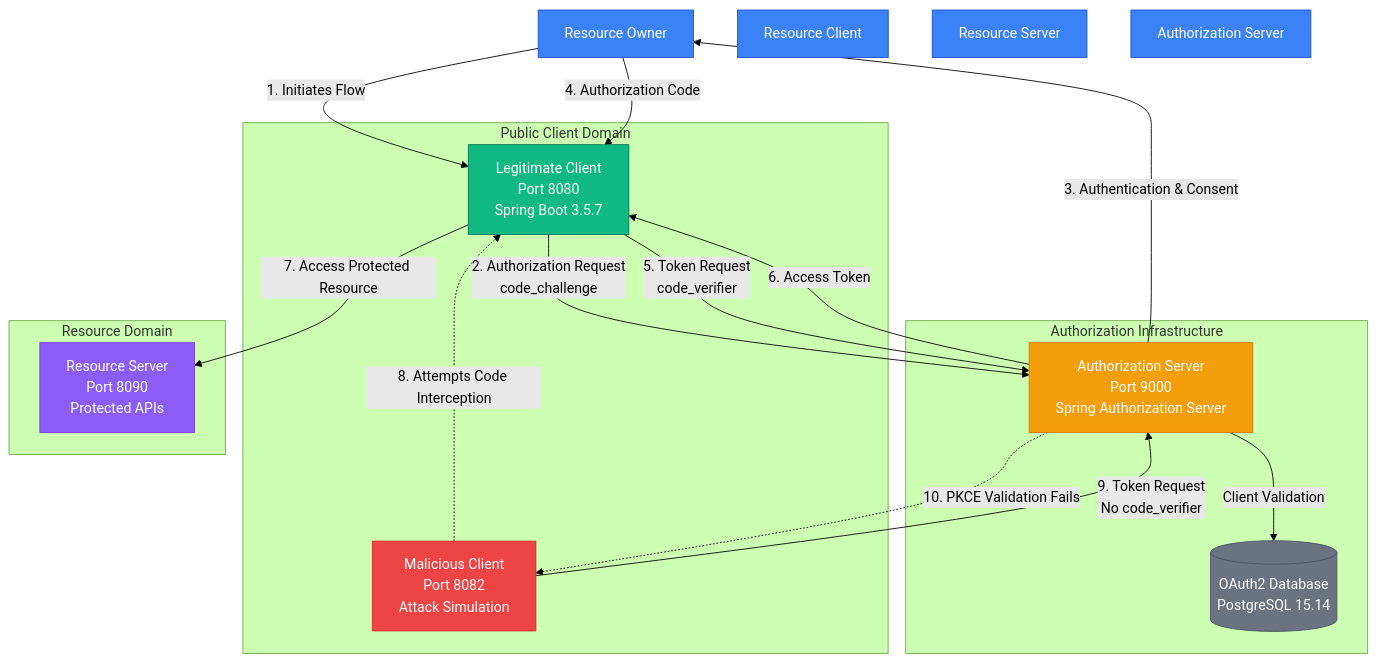
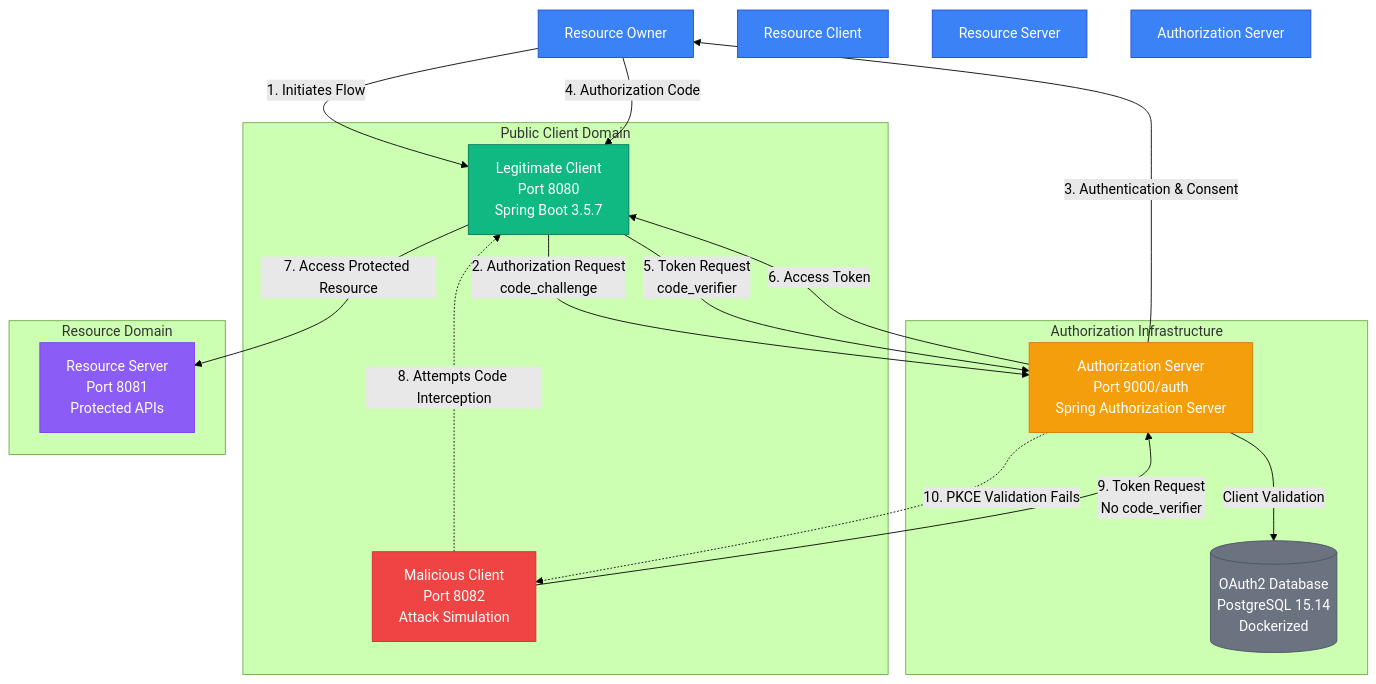
Before and after one commit to m25ai1033/oauth2-pkce-study: the third of 3 diagrams in README.md, drawn with Mermaid (forest theme). The commit also changed other lines of this file, not shown here.

````diff
--- a/README.md
+++ b/README.md
@@ -58,48 +59,48 @@
 ```mermaid
 graph TB
     %% ENTITIES
     RO[Resource Owner]:::entity
     RC[Resource Client]:::entity
     RS[Resource Server]:::entity
     AS[Authorization Server]:::entity
     
     %% COMPONENTS
     subgraph "Public Client Domain"
         LC[Legitimate Client<br/>Port 8080<br/>Spring Boot 3.5.7]:::client
         MC[Malicious Client<br/>Port 8082<br/>Attack Simulation]:::malicious
     end
     
     subgraph "Authorization Infrastructure"
-        AUTH[Authorization Server<br/>Port 9000<br/>Spring Authorization Server]:::auth
-        DB[(OAuth2 Database<br/>PostgreSQL 15.14)]:::database
+        AUTH[Authorization Server<br/>Port 9000/auth<br/>Spring Authorization Server]:::auth
+        DB[(OAuth2 Database<br/>PostgreSQL 15.14<br/>Dockerized)]:::database
     end
     
     subgraph "Resource Domain"
-        API[Resource Server<br/>Port 8090<br/>Protected APIs]:::resource
+        API[Resource Server<br/>Port 8081<br/>Protected APIs]:::resource
     end
     
     %% RELATIONSHIPS
     RO -->|1. Initiates Flow| LC
     LC -->|2. Authorization Request<br/>code_challenge| AUTH
     AUTH -->|3. Authentication & Consent| RO
     RO -->|4. Authorization Code| LC
     LC -->|5. Token Request<br/>code_verifier| AUTH
     AUTH -->|6. Access Token| LC
     LC -->|7. Access Protected Resource| API
     
     %% ATTACK FLOW
     MC -.->|8. Attempts Code Interception| LC
     MC -->|9. Token Request<br/>No code_verifier| AUTH
     AUTH -.->|10. PKCE Validation Fails| MC
     
     %% DATA FLOW
     AUTH -->|Client Validation| DB
     
     %% STYLES
     classDef entity fill:#3b82f6,stroke:#1d4ed8,color:white
     classDef client fill:#10b981,stroke:#047857,color:white
     classDef malicious fill:#ef4444,stroke:#dc2626,color:white
     classDef auth fill:#f59e0b,stroke:#d97706,color:white
     classDef resource fill:#8b5cf6,stroke:#7c3aed,color:white
     classDef database fill:#6b7280,stroke:#4b5563,color:white
 ```
````
